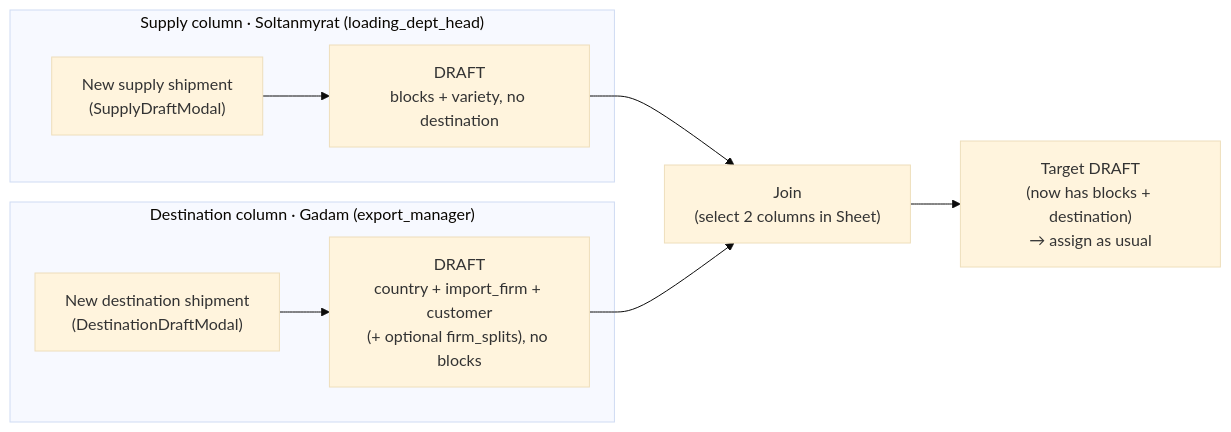
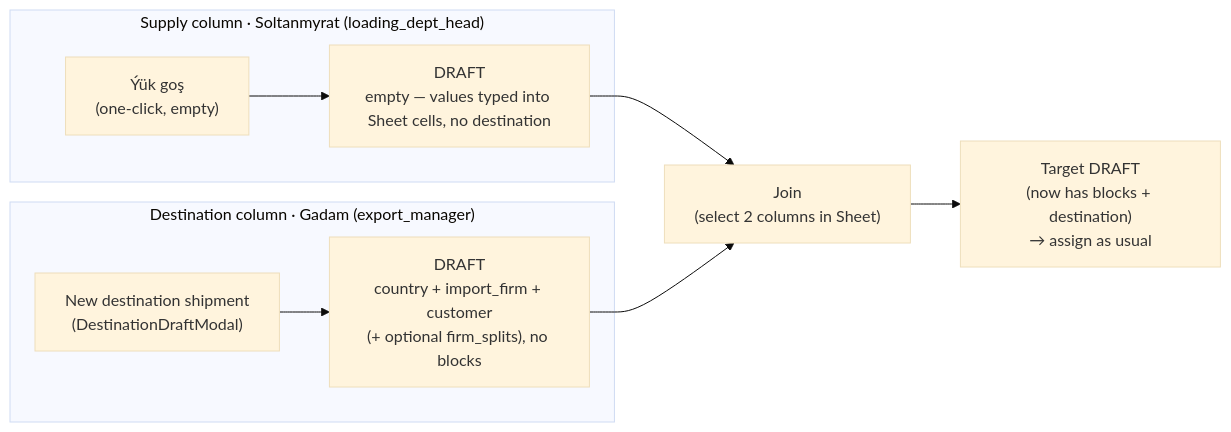
One commit to Jasurbek99/yigit_platform changed the second of 2 diagrams in docs/obsidian/processes/draft-shipments.md. Above: the diagram before and after it, drawn with Mermaid (base theme). The commit also changed other lines of this file and 8 other files, not shown here.

First line of the commit message:
feat(p3): rename row 46 to "Export kody" + one-click "Ýük goş" empty supply column

````diff
--- a/docs/obsidian/processes/draft-shipments.md
+++ b/docs/obsidian/processes/draft-shipments.md
@@ -116,12 +116,12 @@
 ```mermaid
 flowchart LR
     subgraph Supply["Supply column · Soltanmyrat (loading_dept_head)"]
-        SC1["New supply shipment\n(SupplyDraftModal)"] --> SC2["DRAFT\nblocks + variety, no destination"]
+        SC1["Ýük goş\n(one-click, empty)"] --> SC2["DRAFT\nempty — values typed into Sheet cells, no destination"]
     end
     subgraph Dest["Destination column · Gadam (export_manager)"]
         DC1["New destination shipment\n(DestinationDraftModal)"] --> DC2["DRAFT\ncountry + import_firm + customer\n(+ optional firm_splits), no blocks"]
     end
     SC2 --> J["Join\n(select 2 columns in Sheet)"]
     DC2 --> J
     J --> R["Target DRAFT\n(now has blocks + destination)\n→ assign as usual"]
 ```
````
